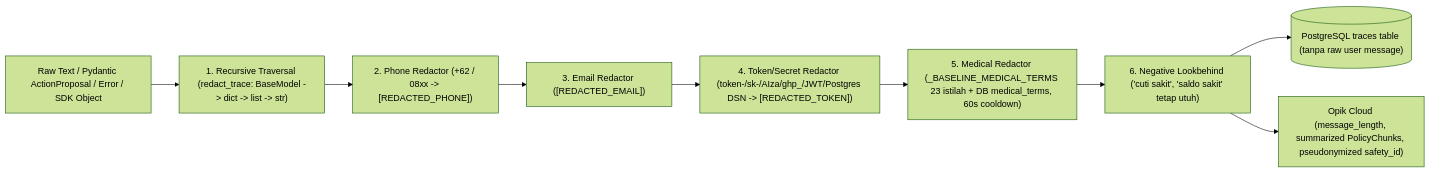
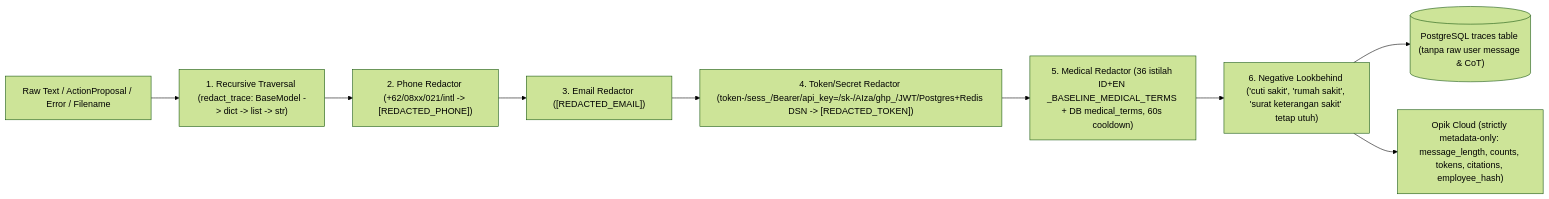
The sixth of 6 diagrams in milestone2-HR-Agent/architecture.md (azbayou/AIEN-RMT002-BayuAziz), drawn with Mermaid (forest theme) before and after one commit. The commit also changed other lines of this file and 36 other files, not shown here.

````diff
--- a/milestone2-HR-Agent/architecture.md
+++ b/milestone2-HR-Agent/architecture.md
@@ -258,11 +255,11 @@
 ```mermaid
 flowchart LR
-    RAW["Raw Text / Pydantic ActionProposal / Error / SDK Object"] --> SER["1. Recursive Traversal (redact_trace: BaseModel -> dict -> list -> str)"]
-    SER --> REGEX_PHONE["2. Phone Redactor (+62 / 08xx -> [REDACTED_PHONE])"]
+    RAW["Raw Text / ActionProposal / Error / Filename"] --> SER["1. Recursive Traversal (redact_trace: BaseModel -> dict -> list -> str)"]
+    SER --> REGEX_PHONE["2. Phone Redactor (+62/08xx/021/intl -> [REDACTED_PHONE])"]
     REGEX_PHONE --> REGEX_EMAIL["3. Email Redactor ([REDACTED_EMAIL])"]
-    REGEX_EMAIL --> REGEX_TOKEN["4. Token/Secret Redactor (token-/sk-/AIza/ghp_/JWT/Postgres DSN -> [REDACTED_TOKEN])"]
-    REGEX_TOKEN --> REGEX_MED["5. Medical Redactor (_BASELINE_MEDICAL_TERMS 23 istilah + DB medical_terms, 60s cooldown)"]
-    REGEX_MED --> LOOKBEHIND["6. Negative Lookbehind ('cuti sakit', 'saldo sakit' tetap utuh)"]
-    LOOKBEHIND --> TRACE_DB[("PostgreSQL traces table (tanpa raw user message)")]
-    LOOKBEHIND --> OPIK_CLD["Opik Cloud (message_length, summarized PolicyChunks, pseudonymized safety_id)"]
+    REGEX_EMAIL --> REGEX_TOKEN["4. Token/Secret Redactor (token-/sess_/Bearer/api_key=/sk-/AIza/ghp_/JWT/Postgres+Redis DSN -> [REDACTED_TOKEN])"]
+    REGEX_TOKEN --> REGEX_MED["5. Medical Redactor (36 istilah ID+EN _BASELINE_MEDICAL_TERMS + DB medical_terms, 60s cooldown)"]
+    REGEX_MED --> LOOKBEHIND["6. Negative Lookbehind ('cuti sakit', 'rumah sakit', 'surat keterangan sakit' tetap utuh)"]
+    LOOKBEHIND --> TRACE_DB[("PostgreSQL traces table (tanpa raw user message & CoT)")]
+    LOOKBEHIND --> OPIK_CLD["Opik Cloud (strictly metadata-only: message_length, counts, tokens, citations, employee_hash)"]
 ```
````
